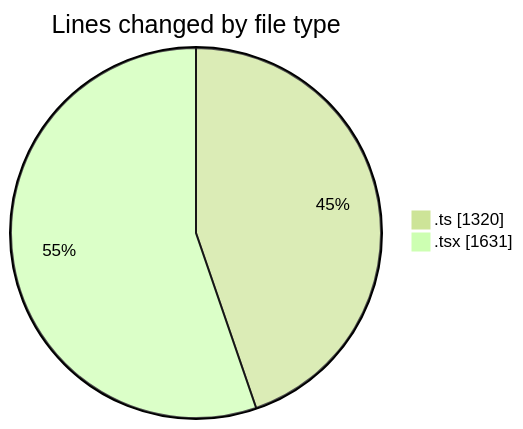
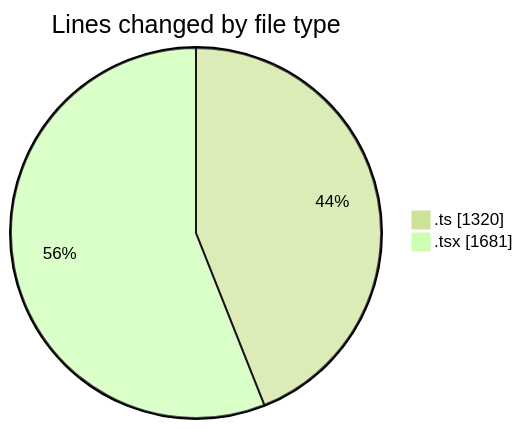
The first of 2 diagrams in 2025-07-01/cda/README.md (momahboobian/code-tracking), drawn with Mermaid (forest theme) before and after one commit. The commit also changed other lines of this file and 1 other file, not shown here.

````diff
--- a/2025-07-01/cda/README.md
+++ b/2025-07-01/cda/README.md
@@ -28,6 +28,6 @@
 ```mermaid
 pie showData
 title Lines changed by file type
 ".ts" : 1320
-".tsx" : 1631
+".tsx" : 1681
 ```
````
